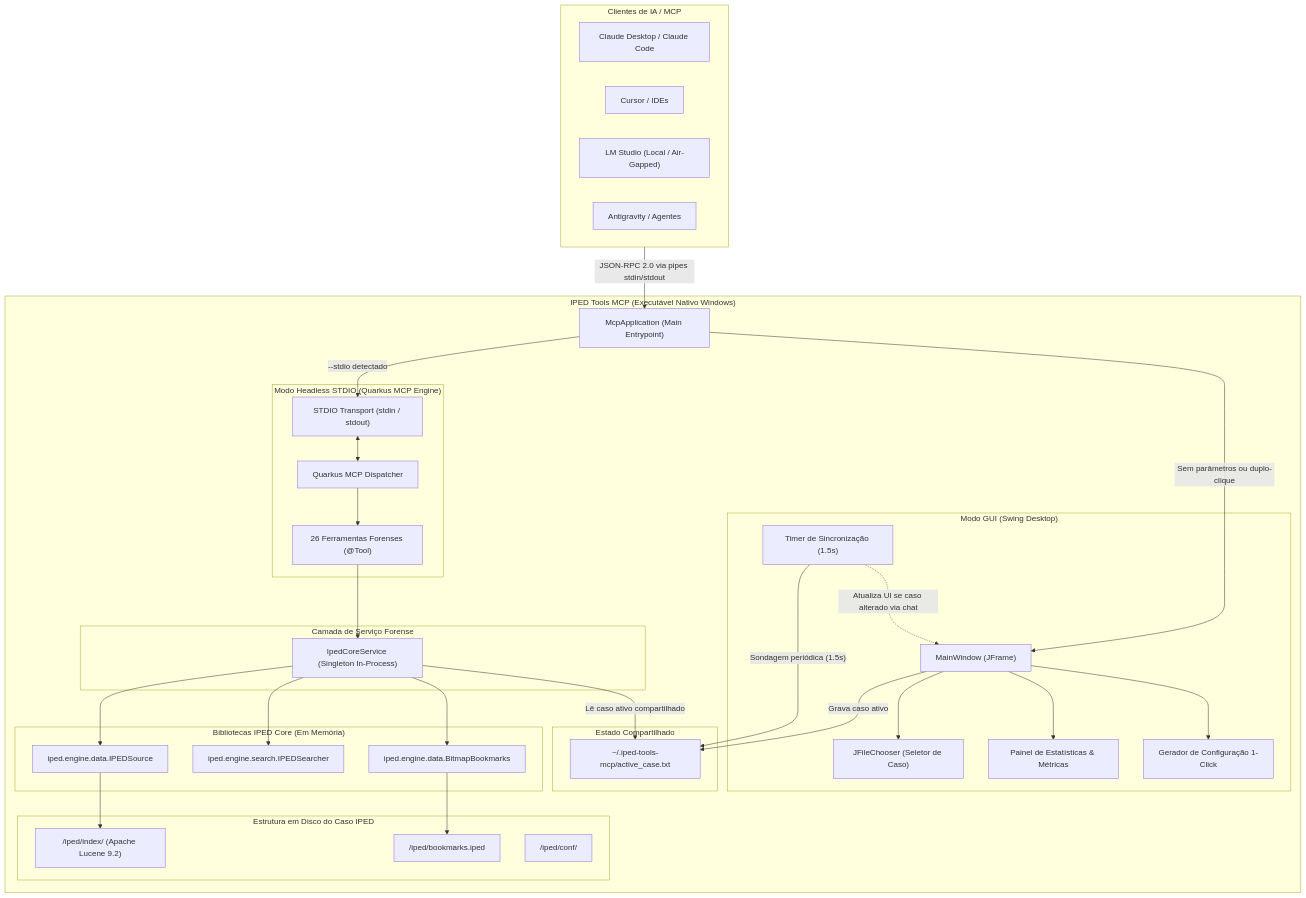
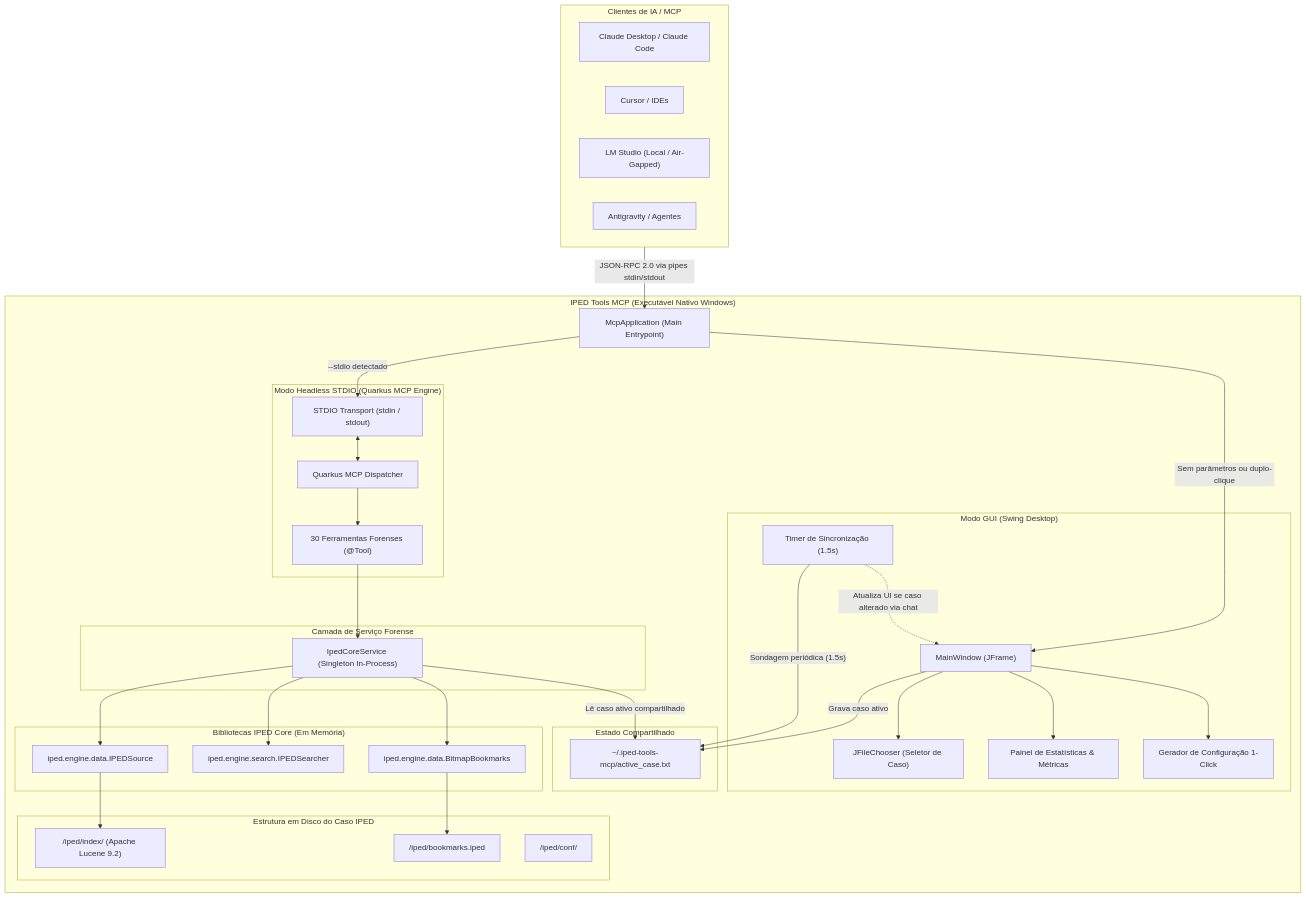
Before and after one commit to thiagofuer/iped-tools-mcp: the first of 2 diagrams in docs/wiki/Dev-Arquitetura.md, drawn with Mermaid. The commit also changed 21 other files, not shown here.

````diff
--- a/docs/wiki/Dev-Arquitetura.md
+++ b/docs/wiki/Dev-Arquitetura.md
@@ -9,70 +9,70 @@
 ```mermaid
 graph TD
     subgraph LLM_Client ["Clientes de IA / MCP"]
         Claude["Claude Desktop / Claude Code"]
         CursorApp["Cursor / IDEs"]
         LMStudio["LM Studio (Local / Air-Gapped)"]
         Antigravity["Antigravity / Agentes"]
     end
 
     subgraph Product ["IPED Tools MCP (Executável Nativo Windows)"]
         Launcher["McpApplication (Main Entrypoint)"]
 
         subgraph GUI_Layer ["Modo GUI (Swing Desktop)"]
             MainWindow["MainWindow (JFrame)"]
             CaseSelector["JFileChooser (Seletor de Caso)"]
             StatsPanel["Painel de Estatísticas & Métricas"]
             ConfigGen["Gerador de Configuração 1-Click"]
             GuiTimer["Timer de Sincronização (1.5s)"]
         end
 
         subgraph State_Sync ["Estado Compartilhado"]
             ActiveCaseFile["~/.iped-tools-mcp/active_case.txt"]
         end
 
         subgraph MCP_Layer ["Modo Headless STDIO (Quarkus MCP Engine)"]
             StdioHandler["STDIO Transport (stdin / stdout)"]
             McpDispatcher["Quarkus MCP Dispatcher"]
-            Tools["26 Ferramentas Forenses (@Tool)"]
+            Tools["30 Ferramentas Forenses (@Tool)"]
         end
 
         subgraph Core_Service ["Camada de Serviço Forense"]
             IpedService["IpedCoreService (Singleton In-Process)"]
         end
 
         subgraph IPED_Core ["Bibliotecas IPED Core (Em Memória)"]
             IPEDSource["iped.engine.data.IPEDSource"]
             IPEDSearcher["iped.engine.search.IPEDSearcher"]
             Bookmarks["iped.engine.data.BitmapBookmarks"]
         end
 
         subgraph Case_Files ["Estrutura em Disco do Caso IPED"]
             LuceneIndex["<caso>/iped/index/ (Apache Lucene 9.2)"]
             BookmarksFile["<caso>/iped/bookmarks.iped"]
             ConfFiles["<caso>/iped/conf/"]
         end
     end
 
     LLM_Client -->|"JSON-RPC 2.0 via pipes stdin/stdout"| Launcher
     Launcher -->|"--stdio detectado"| StdioHandler
     Launcher -->|"Sem parâmetros ou duplo-clique"| MainWindow
 
     MainWindow --> CaseSelector
     MainWindow --> StatsPanel
     MainWindow --> ConfigGen
     MainWindow -->|"Grava caso ativo"| ActiveCaseFile
     GuiTimer -->|"Sondagem periódica (1.5s)"| ActiveCaseFile
     GuiTimer -.->|"Atualiza UI se caso alterado via chat"| MainWindow
 
     StdioHandler <--> McpDispatcher
     McpDispatcher --> Tools
     Tools --> IpedService
     IpedService -->|"Lê caso ativo compartilhado"| ActiveCaseFile
 
     IpedService --> IPEDSource
     IpedService --> IPEDSearcher
     IpedService --> Bookmarks
 
     IPEDSource --> LuceneIndex
     Bookmarks --> BookmarksFile
 ```
````
